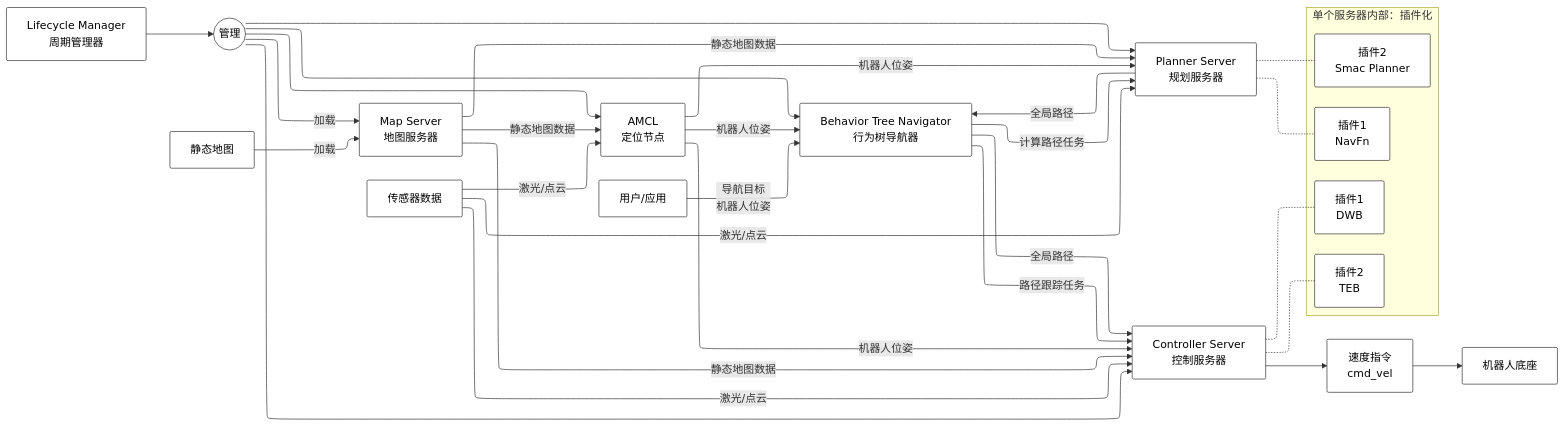
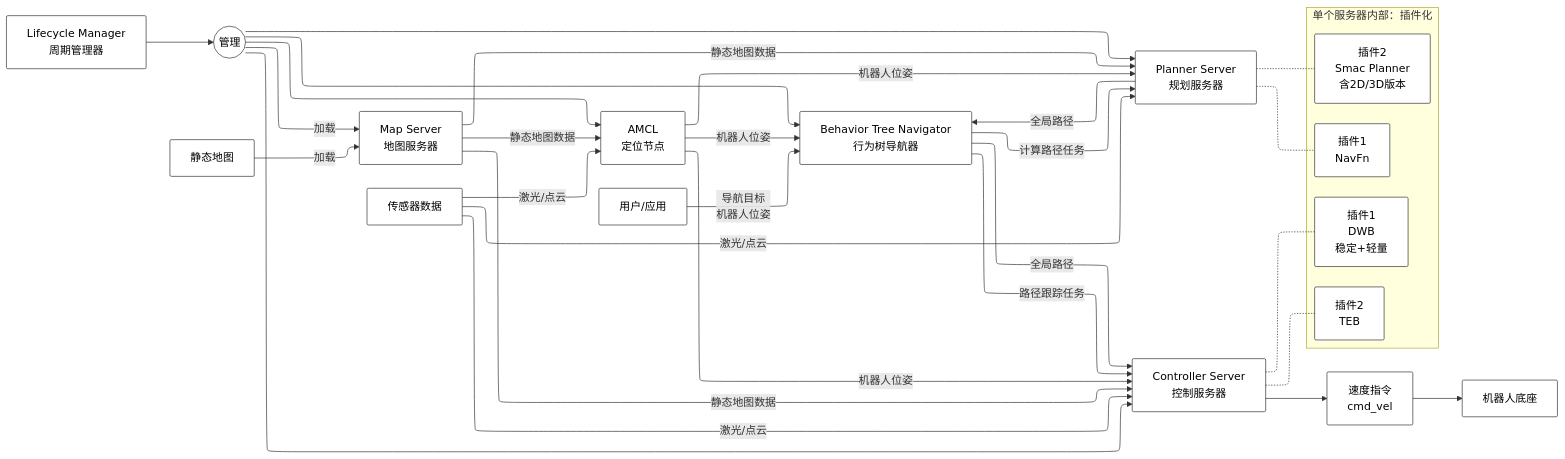
Before and after one commit to KwanWaiPang/KwanWaiPang.github.io: the third of 3 diagrams in _posts/2026-01-28-谈谈ROS导航.md, drawn with Mermaid.

Commit message:
更新ROS2的架构

```diff
--- a/_posts/2026-01-28-谈谈ROS导航.md
+++ b/_posts/2026-01-28-谈谈ROS导航.md
@@ -133,30 +133,30 @@
 <div class="mermaid" style="height: 400px; display: flex; justify-content: center; width: 100%; margin: 0 auto;">
 %%{init: {'flowchart': {'defaultRenderer': 'elk'}}}%%
 flowchart LR
  subgraph Plugins["单个服务器内部：插件化"]
     direction LR
-        P_NavFn["插件1<br>NavFn"]
-        P_Smac["插件2<br>Smac Planner"]
-        C_DWB["插件1<br>DWB"]
-        C_TEB["插件2<br>TEB"]
+        P_NavFn["插件1<br/>NavFn"]
+        P_Smac["插件2<br/>Smac Planner<br/>含2D/3D版本"]
+        C_DWB["插件1<br/>DWB</br>稳定+轻量"]
+        C_TEB["插件2<br/>TEB"]
   end
-    LifecycleManager["Lifecycle Manager<br>周期管理器"] --> ManageNode(("管理"))
-    ManageNode -- 加载 --> MapServer["Map Server<br>地图服务器"]
-    ManageNode --> AMCL["AMCL<br>定位节点"] & PlannerServer["Planner Server<br>规划服务器"] & ControllerServer["Controller Server<br>控制服务器"] & BTNavigator["Behavior Tree Navigator<br>行为树导航器"]
+    LifecycleManager["Lifecycle Manager<br/>周期管理器"] --> ManageNode(("管理"))
+    ManageNode -- 加载 --> MapServer["Map Server<br/>地图服务器"]
+    ManageNode --> AMCL["AMCL<br/>定位节点"] & PlannerServer["Planner Server<br/>规划服务器"] & ControllerServer["Controller Server<br/>控制服务器"] & BTNavigator["Behavior Tree Navigator<br/>行为树导航器"]
     StaticMapData["静态地图"] -- 加载 --> MapServer
     MapServer -- 静态地图数据 --> AMCL & PlannerServer & ControllerServer
     SensorData["传感器数据"] -- 激光/点云 --> AMCL & PlannerServer & ControllerServer
     AMCL -- 机器人位姿 --> PlannerServer & BTNavigator & ControllerServer
-    UserApp["用户/应用"] -- 导航目标<br>机器人位姿 --> BTNavigator
+    UserApp["用户/应用"] -- 导航目标<br/>机器人位姿 --> BTNavigator
     BTNavigator -- 计算路径任务 --> PlannerServer
     PlannerServer -- 全局路径 --> BTNavigator
     BTNavigator -- 路径跟踪任务 --> ControllerServer
     BTNavigator -- 全局路径 --> ControllerServer
     PlannerServer -.- P_NavFn & P_Smac
     ControllerServer -.- C_DWB & C_TEB
-    ControllerServer --> CmdVel["速度指令<br>cmd_vel"]
+    ControllerServer --> CmdVel["速度指令<br/>cmd_vel"]
     CmdVel --> RobotBase["机器人底座"]
 
     classDef default fill:#fff,stroke:#333,stroke-width:1px,color:#000,rx:2,ry:2
     classDef highlight fill:#fdfbe8,stroke:#d4c359,stroke-width:2px
 </div>
```
